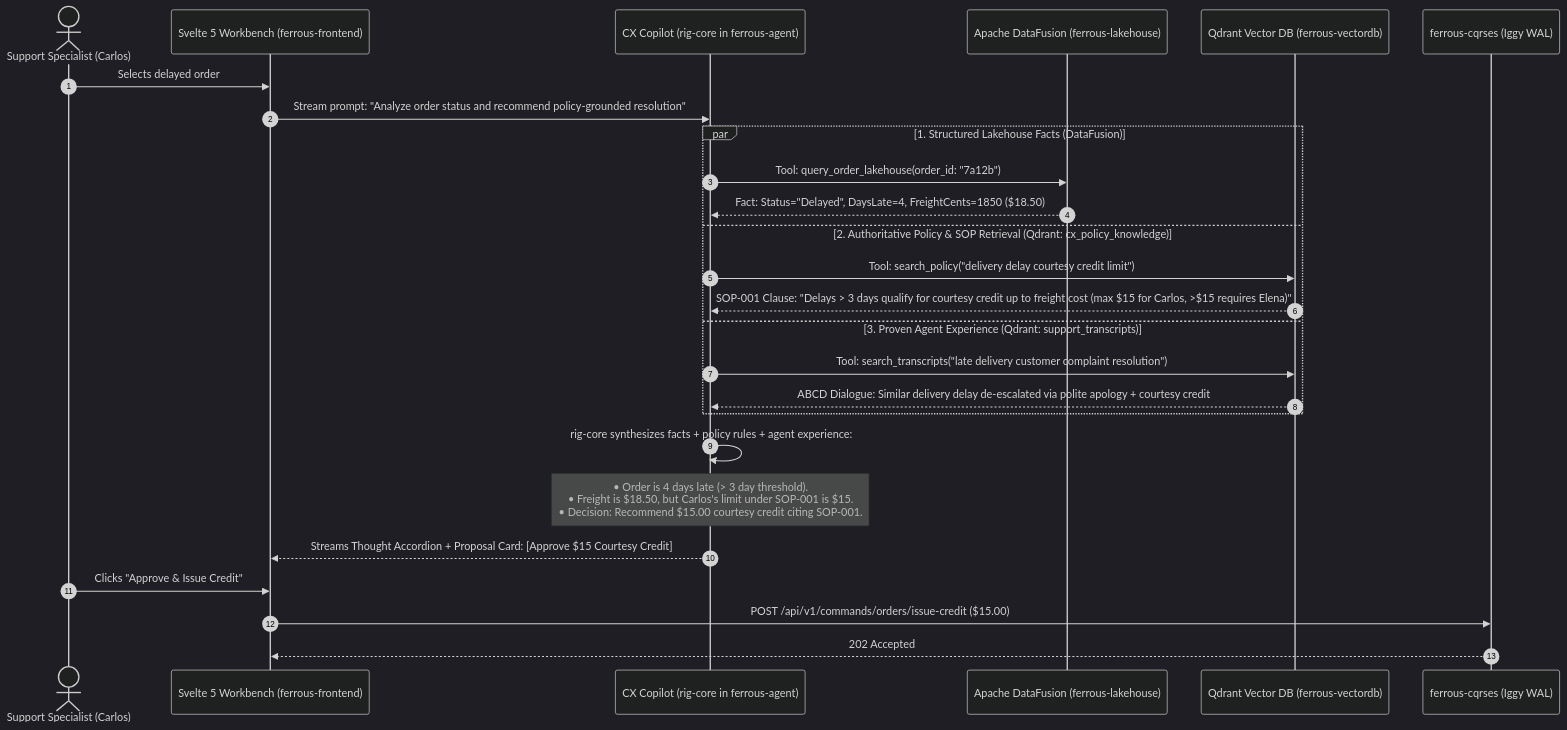
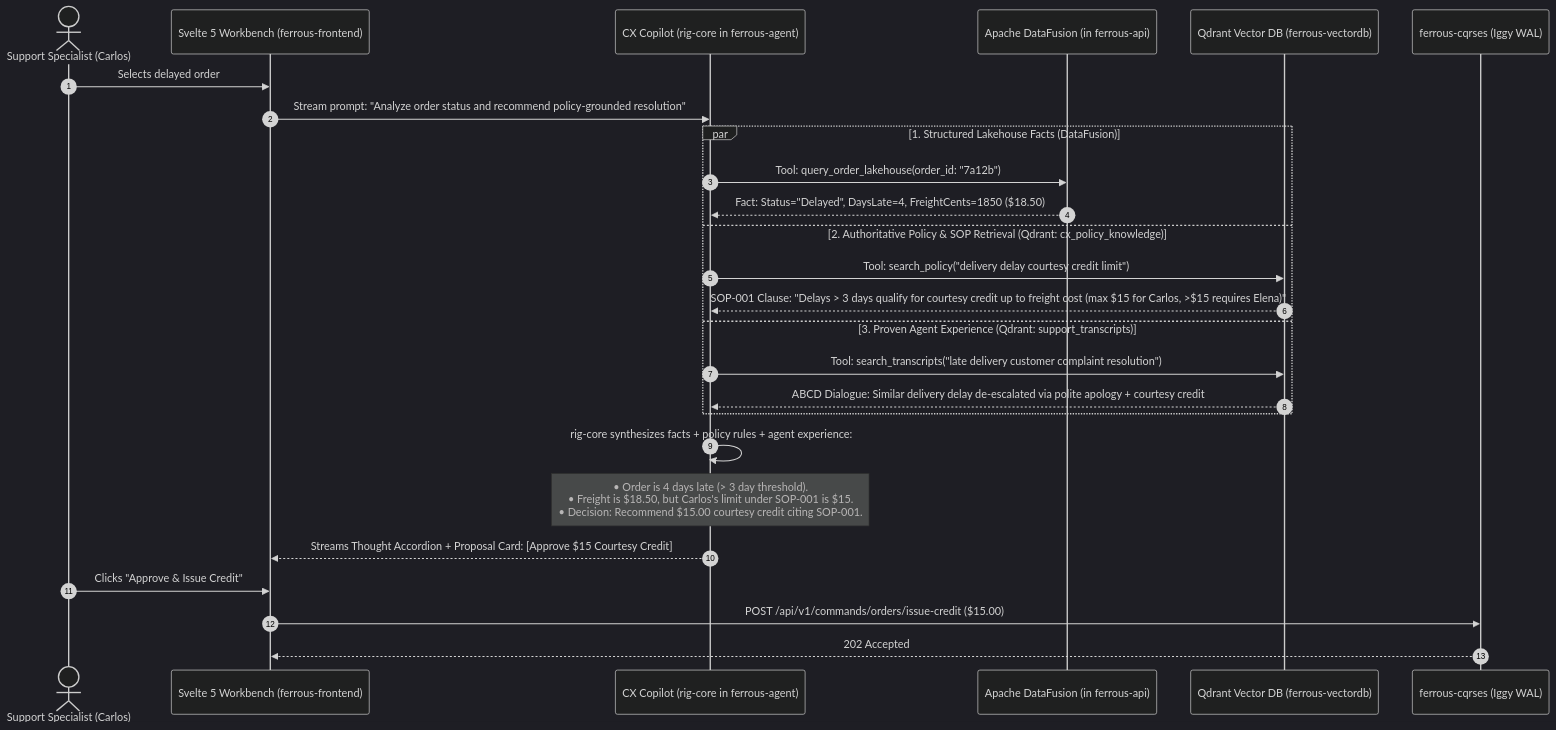
One commit to reidlai/ferrous-vectordb changed the diagram in README.md. Above: the diagram before and after it, drawn with Mermaid (dark theme). The commit also changed other lines of this file, not shown here.

First line of the commit message:
docs(readme): replace retired lakehouse and query service references

````diff
--- a/README.md
+++ b/README.md
@@ -28,32 +28,32 @@
 ```mermaid
 sequenceDiagram
     autonumber
     actor Carlos as Support Specialist (Carlos)
     participant UI as Svelte 5 Workbench (ferrous-frontend)
     participant Agent as CX Copilot (rig-core in ferrous-agent)
-    participant DF as Apache DataFusion (ferrous-lakehouse)
+    participant DF as Apache DataFusion (in ferrous-api)
     participant Qdrant as Qdrant Vector DB (ferrous-vectordb)
     participant CQRS as ferrous-cqrses (Iggy WAL)
 
     Carlos->>UI: Selects delayed order #7a12b ("Customer is furious about late delivery")
     UI->>Agent: Stream prompt: "Analyze order status and recommend policy-grounded resolution"
     
     par 1. Structured Lakehouse Facts (DataFusion)
         Agent->>DF: Tool: query_order_lakehouse(order_id: "7a12b")
         DF-->>Agent: Fact: Status="Delayed", DaysLate=4, FreightCents=1850 ($18.50)
     and 2. Authoritative Policy & SOP Retrieval (Qdrant: cx_policy_knowledge)
         Agent->>Qdrant: Tool: search_policy("delivery delay courtesy credit limit")
         Qdrant-->>Agent: SOP-001 Clause: "Delays > 3 days qualify for courtesy credit up to freight cost (max $15 for Carlos, >$15 requires Elena)"
     and 3. Proven Agent Experience (Qdrant: support_transcripts)
         Agent->>Qdrant: Tool: search_transcripts("late delivery customer complaint resolution")
         Qdrant-->>Agent: ABCD Dialogue: Similar delivery delay de-escalated via polite apology + courtesy credit
     end
 
     Agent->>Agent: rig-core synthesizes facts + policy rules + agent experience:
     Note over Agent: • Order is 4 days late (> 3 day threshold).<br/>• Freight is $18.50, but Carlos's limit under SOP-001 is $15.<br/>• Decision: Recommend $15.00 courtesy credit citing SOP-001.
 
     Agent-->>UI: Streams Thought Accordion + Proposal Card: [Approve $15 Courtesy Credit]
     Carlos->>UI: Clicks "Approve & Issue Credit"
     UI->>CQRS: POST /api/v1/commands/orders/issue-credit ($15.00)
     CQRS-->>UI: 202 Accepted
 ```
````
